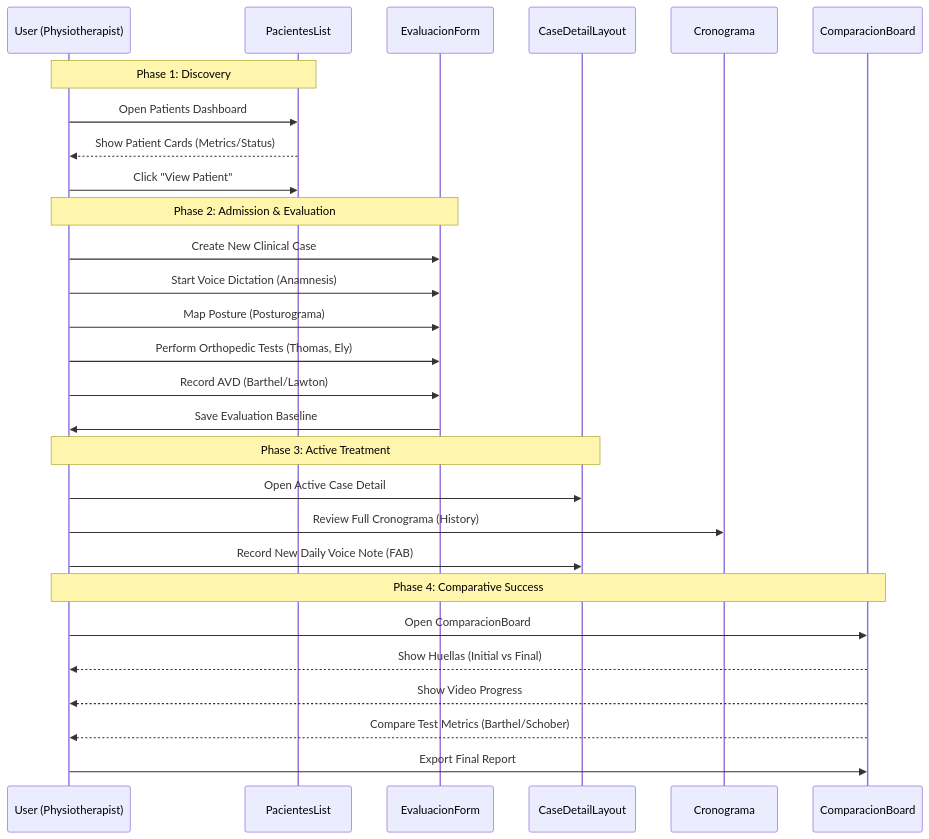
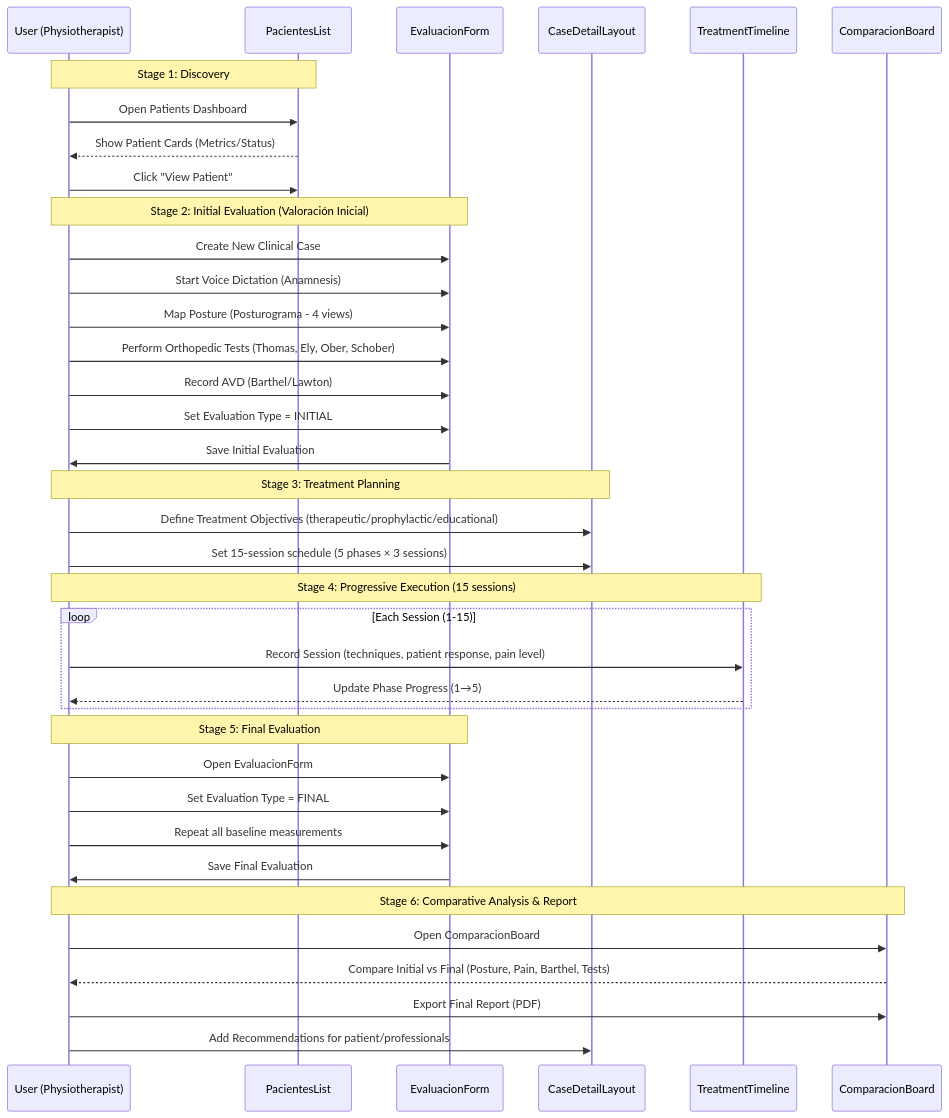
One commit to figuedmundo/mamirri-app changed the second of 2 diagrams in .documentation/technical/PACIENTES_FLOW.md. Above: the diagram before and after it, drawn with Mermaid. The commit also changed other lines of this file and 23 other files, not shown here.

First line of the commit message:
feat(client): migrate ClinicalCase evaluation to 1:N evaluations array

````diff
--- a/.documentation/technical/PACIENTES_FLOW.md
+++ b/.documentation/technical/PACIENTES_FLOW.md
@@ -69,34 +104,45 @@
 ```mermaid
 sequenceDiagram
     participant U as User (Physiotherapist)
     participant PL as PacientesList
     participant EF as EvaluacionForm
     participant CDL as CaseDetailLayout
-    participant CRN as Cronograma
+    participant TT as TreatmentTimeline
     participant CB as ComparacionBoard
 
-    Note over U, PL: Phase 1: Discovery
+    Note over U, PL: Stage 1: Discovery
     U->>PL: Open Patients Dashboard
     PL-->>U: Show Patient Cards (Metrics/Status)
     U->>PL: Click "View Patient"
 
-    Note over U, EF: Phase 2: Admission & Evaluation
+    Note over U, EF: Stage 2: Initial Evaluation (Valoración Inicial)
     U->>EF: Create New Clinical Case
     U->>EF: Start Voice Dictation (Anamnesis)
-    U->>EF: Map Posture (Posturograma)
-    U->>EF: Perform Orthopedic Tests (Thomas, Ely)
+    U->>EF: Map Posture (Posturograma - 4 views)
+    U->>EF: Perform Orthopedic Tests (Thomas, Ely, Ober, Schober)
     U->>EF: Record AVD (Barthel/Lawton)
-    EF->>U: Save Evaluation Baseline
+    U->>EF: Set Evaluation Type = INITIAL
+    EF->>U: Save Initial Evaluation
 
-    Note over U, CDL: Phase 3: Active Treatment
-    U->>CDL: Open Active Case Detail
-    U->>CRN: Review Full Cronograma (History)
-    U->>CDL: Record New Daily Voice Note (FAB)
-    
-    Note over U, CB: Phase 4: Comparative Success
+    Note over U, CDL: Stage 3: Treatment Planning
+    U->>CDL: Define Treatment Objectives (therapeutic/prophylactic/educational)
+    U->>CDL: Set 15-session schedule (5 phases × 3 sessions)
+
+    Note over U, TT: Stage 4: Progressive Execution (15 sessions)
+    loop Each Session (1-15)
+        U->>TT: Record Session (techniques, patient response, pain level)
+        TT-->>U: Update Phase Progress (1→5)
+    end
+
+    Note over U, EF: Stage 5: Final Evaluation
+    U->>EF: Open EvaluacionForm
+    U->>EF: Set Evaluation Type = FINAL
+    U->>EF: Repeat all baseline measurements
+    EF->>U: Save Final Evaluation
+
+    Note over U, CB: Stage 6: Comparative Analysis & Report
     U->>CB: Open ComparacionBoard
-    CB-->>U: Show Huellas (Initial vs Final)
-    CB-->>U: Show Video Progress
-    CB-->>U: Compare Test Metrics (Barthel/Schober)
-    U->>CB: Export Final Report
+    CB-->>U: Compare Initial vs Final (Posture, Pain, Barthel, Tests)
+    U->>CB: Export Final Report (PDF)
+    U->>CDL: Add Recommendations for patient/professionals
 ```
````
